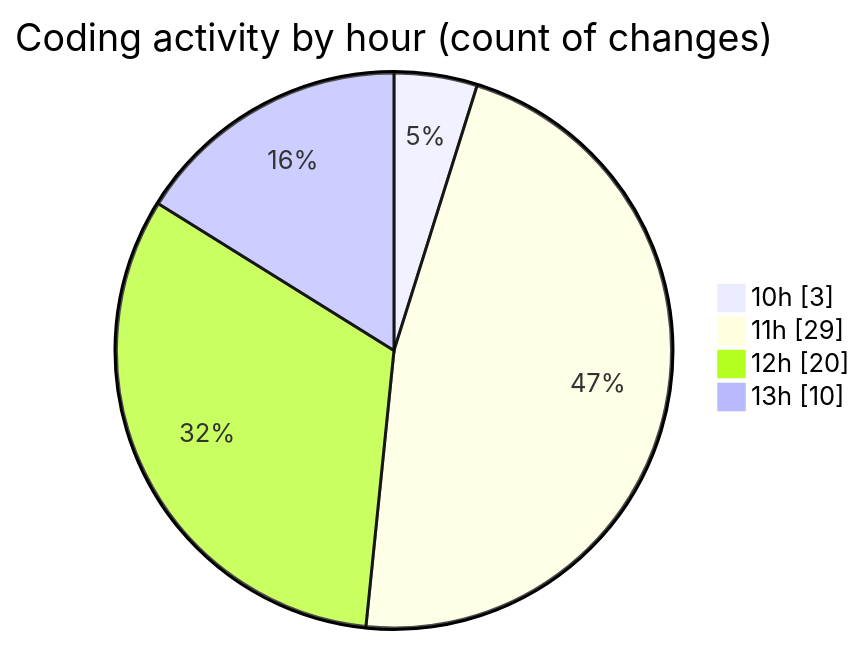
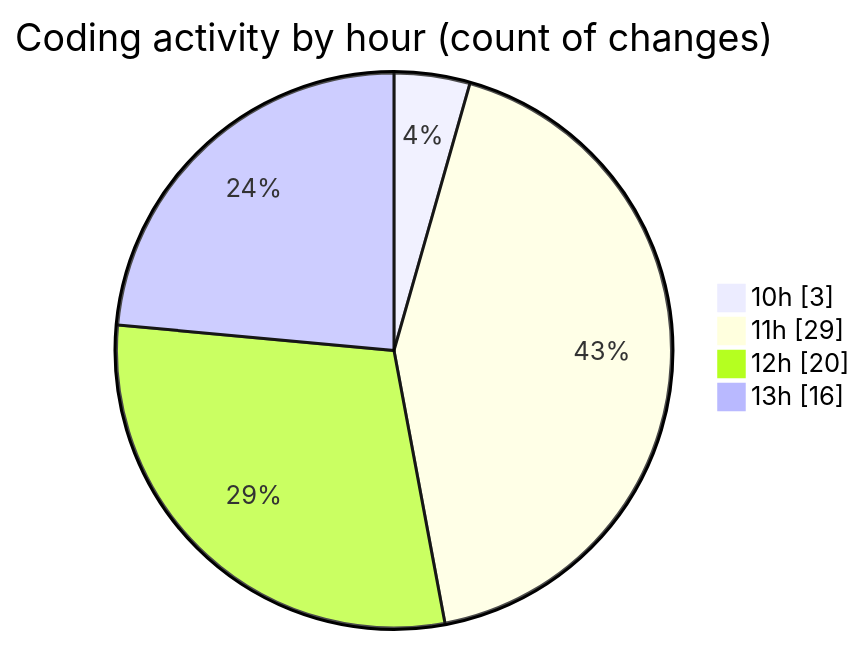
The second of 2 diagrams in 2025-08-14/ribbon/README.md (EIIisD/code-tracking), drawn with Mermaid before and after one commit. The commit also changed other lines of this file and 1 other file, not shown here.

````diff
--- a/2025-08-14/ribbon/README.md
+++ b/2025-08-14/ribbon/README.md
@@ -37,8 +38,8 @@
 ```mermaid
 pie showData
 title Coding activity by hour (count of changes)
 "10h" : 3
 "11h" : 29
 "12h" : 20
-"13h" : 10
+"13h" : 16
 ```
````
